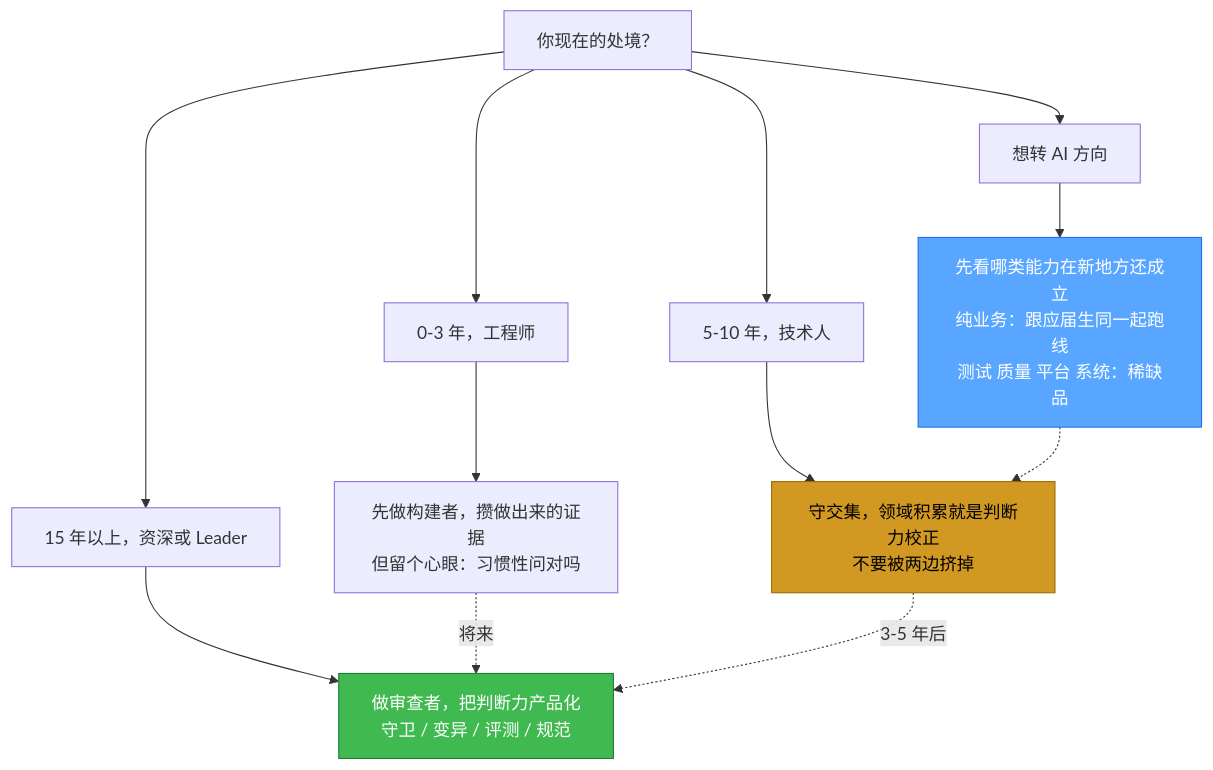
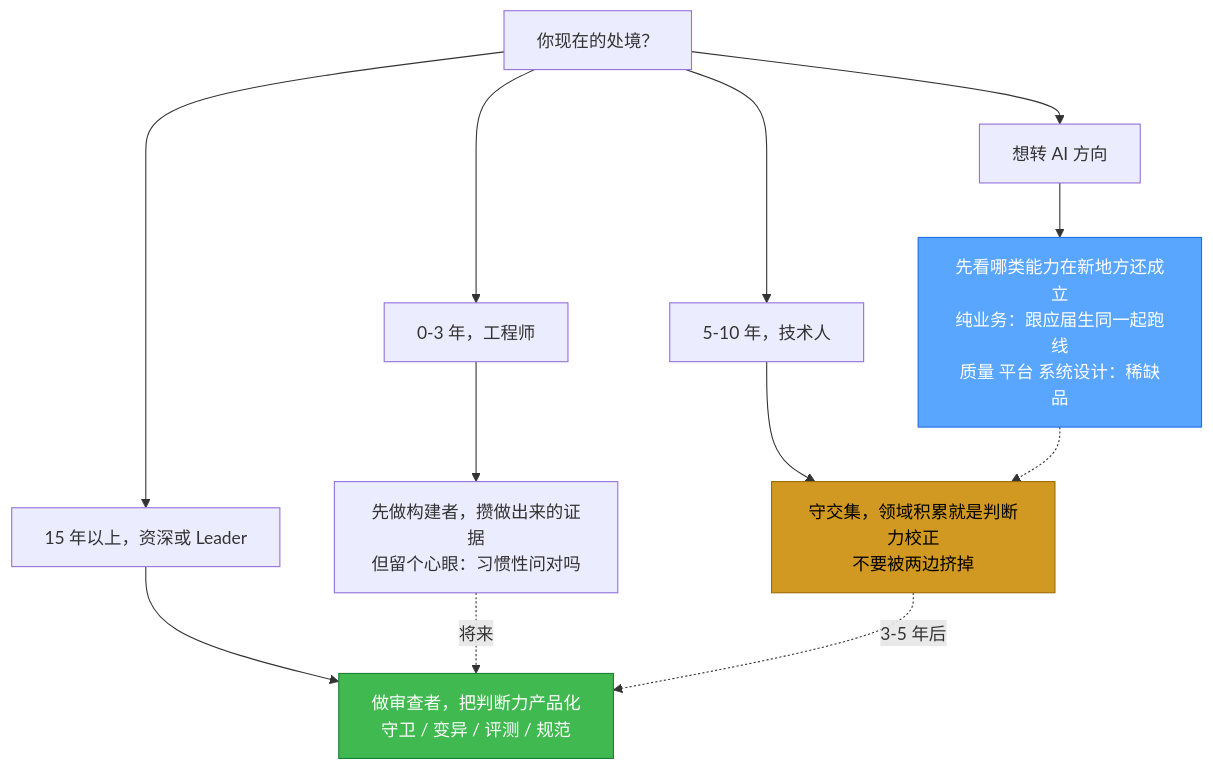
The third of 3 diagrams in src/posts/career/ai-era-two-talent-types.md (sunrong1/sunrong1.github.io), drawn with Mermaid before and after one commit. The commit also changed other lines of this file, not shown here.

````diff
--- a/src/posts/career/ai-era-two-talent-types.md
+++ b/src/posts/career/ai-era-two-talent-types.md
@@ -166,20 +166,20 @@
 ```mermaid
 graph TB
     START["你现在的处境？"] --> Y1["0-3 年，工程师"]
     START --> Y2["5-10 年，技术人"]
     START --> Y3["15 年以上，资深或 Leader"]
     START --> Y4["想转 AI 方向"]
 
     Y1 --> R1["先做构建者，攒做出来的证据<br/>但留个心眼：习惯性问对吗"]
     Y2 --> R2["守交集，领域积累就是判断力校正<br/>不要被两边挤掉"]
     Y3 --> R3["做审查者，把判断力产品化<br/>守卫 / 变异 / 评测 / 规范"]
-    Y4 --> R4["先看哪类能力在新地方还成立<br/>纯业务：跟应届生同一起跑线<br/>测试 质量 平台 系统：稀缺品"]
+    Y4 --> R4["先看哪类能力在新地方还成立<br/>纯业务：跟应届生同一起跑线<br/>质量 平台 系统设计：稀缺品"]
 
     R1 -.->|"将来"| R3
     R2 -.->|"3-5 年后"| R3
     R4 -.-> R2
 
     style R2 fill:#d29922,color:#000,stroke:#9e6b03
     style R3 fill:#3fb950,color:#fff,stroke:#1a7f37
     style R4 fill:#58a6ff,color:#fff,stroke:#1f6feb
 ```
````
